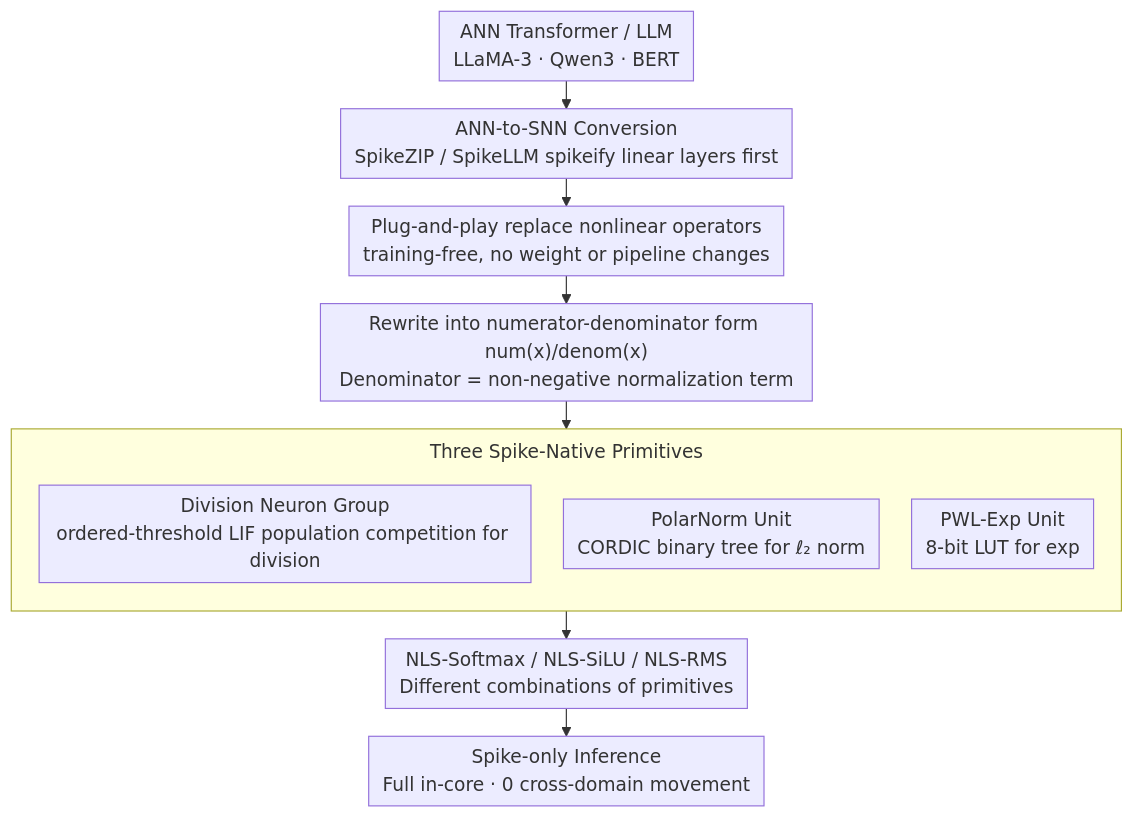
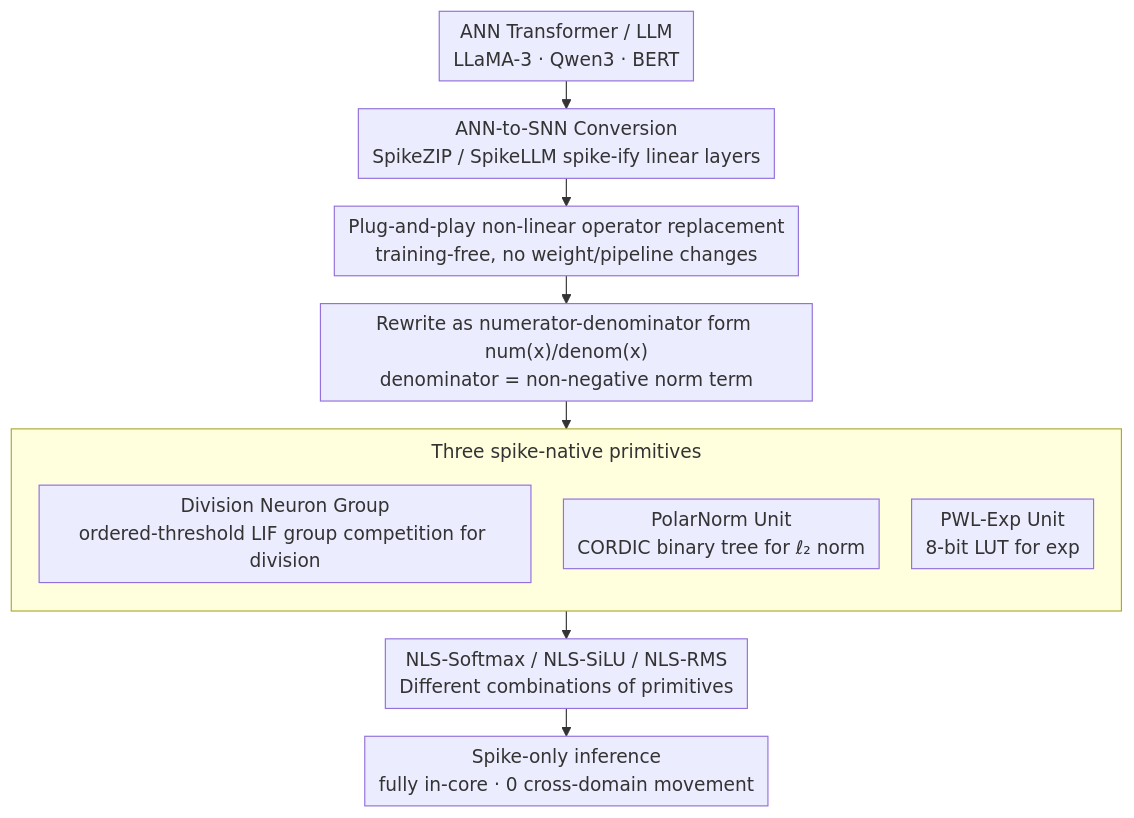
The diagram in docs/ICML2026/model_compression/plug-and-play_spiking_operators_breaking_the_nonlinearity_bottleneck_in_spiking_.md (zhaoyang97/Paper-Notes-en), drawn with Mermaid before and after one commit. The commit also changed other lines of this file and 5084 other files, not shown here.

````diff
--- a/docs/ICML2026/model_compression/plug-and-play_spiking_operators_breaking_the_nonlinearity_bottleneck_in_spiking_.md
+++ b/docs/ICML2026/model_compression/plug-and-play_spiking_operators_breaking_the_nonlinearity_bottleneck_in_spiking_.md
@@ -42,16 +42,16 @@
 ```mermaid
 %%{init: {'flowchart': {'rankSpacing': 24, 'nodeSpacing': 28, 'padding': 6, 'wrappingWidth': 400, 'subGraphTitleMargin': {'top': 8, 'bottom': 16}}}}%%
 flowchart TD
-    A["ANN Transformer / LLM<br/>LLaMA-3 · Qwen3 · BERT"] --> B["ANN-to-SNN Conversion<br/>SpikeZIP / SpikeLLM spikeify linear layers first"]
-    B --> C["Plug-and-play replace nonlinear operators<br/>training-free, no weight or pipeline changes"]
-    C --> D["Rewrite into numerator-denominator form num(x)/denom(x)<br/>Denominator = non-negative normalization term"]
-    subgraph PRIM["Three Spike-Native Primitives"]
+    A["ANN Transformer / LLM<br/>LLaMA-3 · Qwen3 · BERT"] --> B["ANN-to-SNN Conversion<br/>SpikeZIP / SpikeLLM spike-ify linear layers"]
+    B --> C["Plug-and-play non-linear operator replacement<br/>training-free, no weight/pipeline changes"]
+    C --> D["Rewrite as numerator-denominator form num(x)/denom(x)<br/>denominator = non-negative norm term"]
+    subgraph PRIM["Three spike-native primitives"]
         direction TB
-        P1["Division Neuron Group<br/>ordered-threshold LIF population competition for division"]
+        P1["Division Neuron Group<br/>ordered-threshold LIF group competition for division"]
         P2["PolarNorm Unit<br/>CORDIC binary tree for ℓ₂ norm"]
         P3["PWL-Exp Unit<br/>8-bit LUT for exp"]
     end
     D --> PRIM
     PRIM --> E["NLS-Softmax / NLS-SiLU / NLS-RMS<br/>Different combinations of primitives"]
-    E --> F["Spike-only Inference<br/>Full in-core · 0 cross-domain movement"]
+    E --> F["Spike-only inference<br/>fully in-core · 0 cross-domain movement"]
 ```
````
